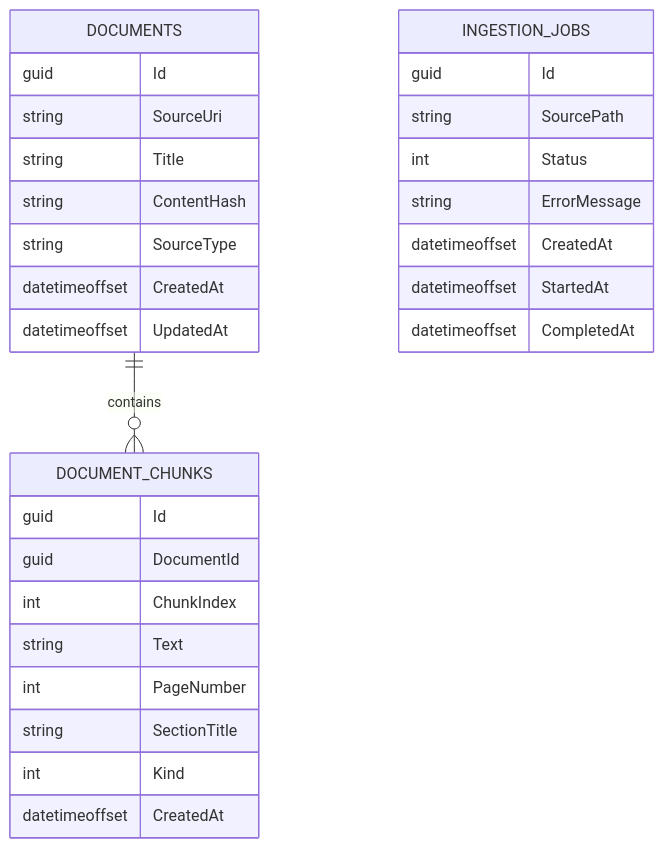
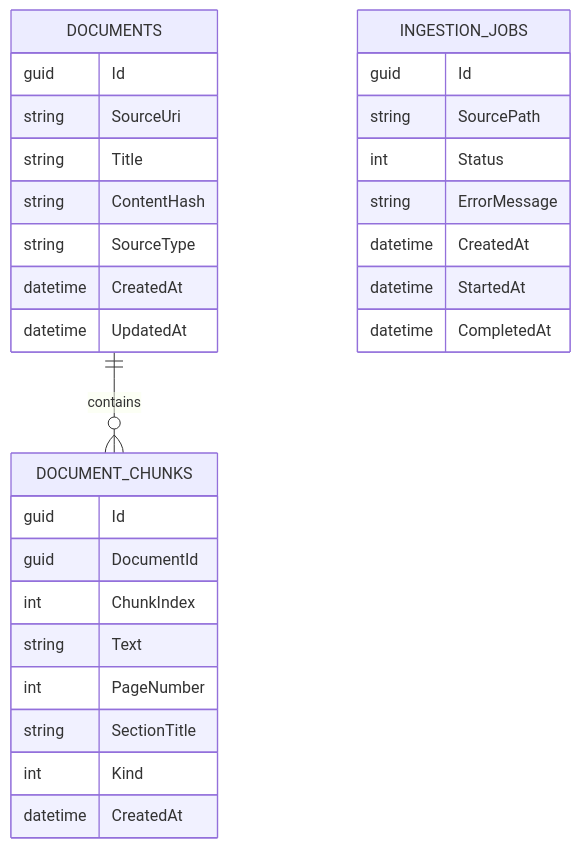
Before and after one commit to RegainFlow/ProjectRag: the second of 3 diagrams in docs/ARCHITECTURE.md, drawn with Mermaid. The commit also changed other lines of this file and 41 other files, not shown here.

````diff
--- a/docs/ARCHITECTURE.md
+++ b/docs/ARCHITECTURE.md
@@ -112,35 +115,35 @@
 ```mermaid
 erDiagram
     DOCUMENTS ||--o{ DOCUMENT_CHUNKS : contains
 
     DOCUMENTS {
         guid Id
         string SourceUri
         string Title
         string ContentHash
         string SourceType
-        datetimeoffset CreatedAt
-        datetimeoffset UpdatedAt
+        datetime CreatedAt
+        datetime UpdatedAt
     }
 
     DOCUMENT_CHUNKS {
         guid Id
         guid DocumentId
         int ChunkIndex
         string Text
         int PageNumber
         string SectionTitle
         int Kind
-        datetimeoffset CreatedAt
+        datetime CreatedAt
     }
 
     INGESTION_JOBS {
         guid Id
         string SourcePath
         int Status
         string ErrorMessage
-        datetimeoffset CreatedAt
-        datetimeoffset StartedAt
-        datetimeoffset CompletedAt
+        datetime CreatedAt
+        datetime StartedAt
+        datetime CompletedAt
     }
 ```
````
